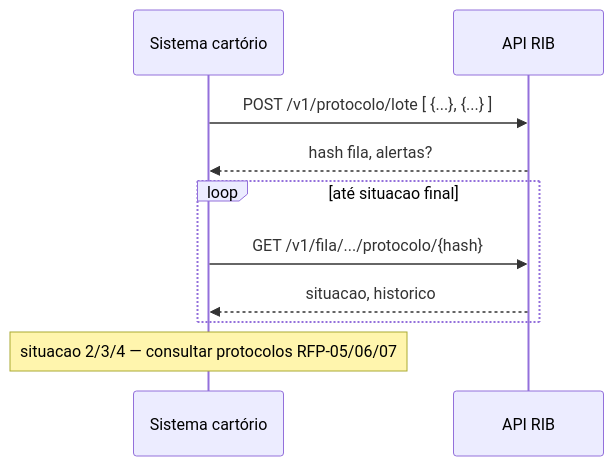
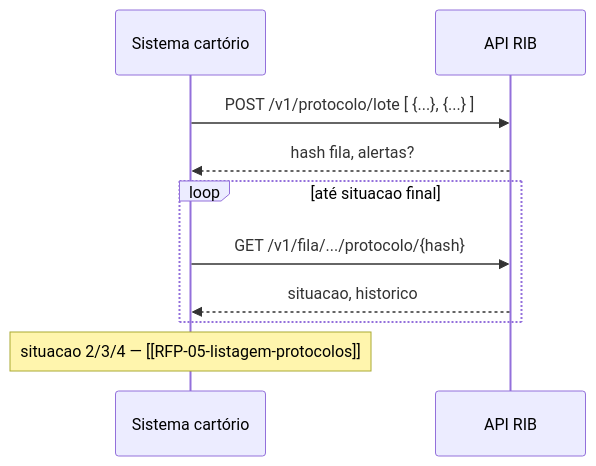
The diagram in Orius/integracoes/registro-imoveis/acompanhamento-registral/RFP-02-envio-lote.md (Ioshuasl/obsidian-vault), drawn with Mermaid before and after one commit. The commit also changed other lines of this file and 15 other files, not shown here.

````diff
--- a/Orius/integracoes/registro-imoveis/acompanhamento-registral/RFP-02-envio-lote.md
+++ b/Orius/integracoes/registro-imoveis/acompanhamento-registral/RFP-02-envio-lote.md
@@ -305,12 +305,12 @@
 ```mermaid
 sequenceDiagram
   participant C as Sistema cartório
   participant RIB as API RIB
   C->>RIB: POST /v1/protocolo/lote [ {...}, {...} ]
   RIB-->>C: hash fila, alertas?
   loop até situacao final
     C->>RIB: GET /v1/fila/.../protocolo/{hash}
     RIB-->>C: situacao, historico
   end
-  Note over C: situacao 2/3/4 — consultar protocolos RFP-05/06/07
+  Note over C: situacao 2/3/4 — [[RFP-05-listagem-protocolos]]
 ```
````
